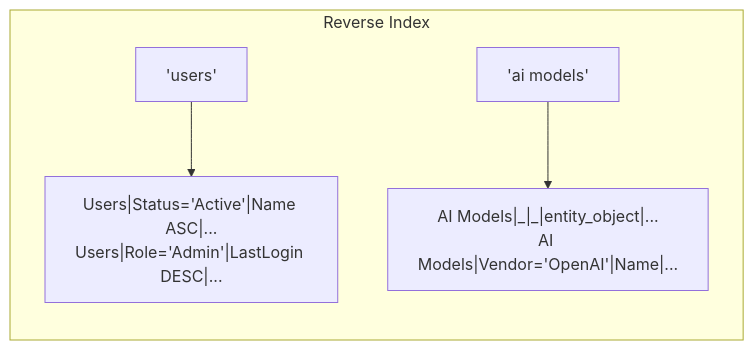
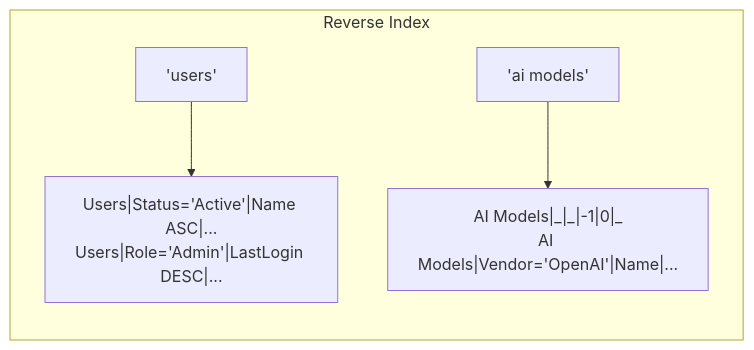
One commit to MemberJunction/MJ changed the third of 19 diagrams in guides/CACHING_AND_PUBSUB_GUIDE.md. Above: the diagram before and after it, drawn with Mermaid. The commit also changed other lines of this file and 3 other files, not shown here.

````diff
--- a/guides/CACHING_AND_PUBSUB_GUIDE.md
+++ b/guides/CACHING_AND_PUBSUB_GUIDE.md
@@ -320,7 +323,7 @@
 ```mermaid
 graph LR
     subgraph "Reverse Index"
         E1["'users'"] --> F1["Users|Status='Active'|Name ASC|...<br/>Users|Role='Admin'|LastLogin DESC|..."]
-        E2["'ai models'"] --> F2["AI Models|_|_|entity_object|...<br/>AI Models|Vendor='OpenAI'|Name|..."]
+        E2["'ai models'"] --> F2["AI Models|_|_|-1|0|_<br/>AI Models|Vendor='OpenAI'|Name|..."]
     end
 ```
````
